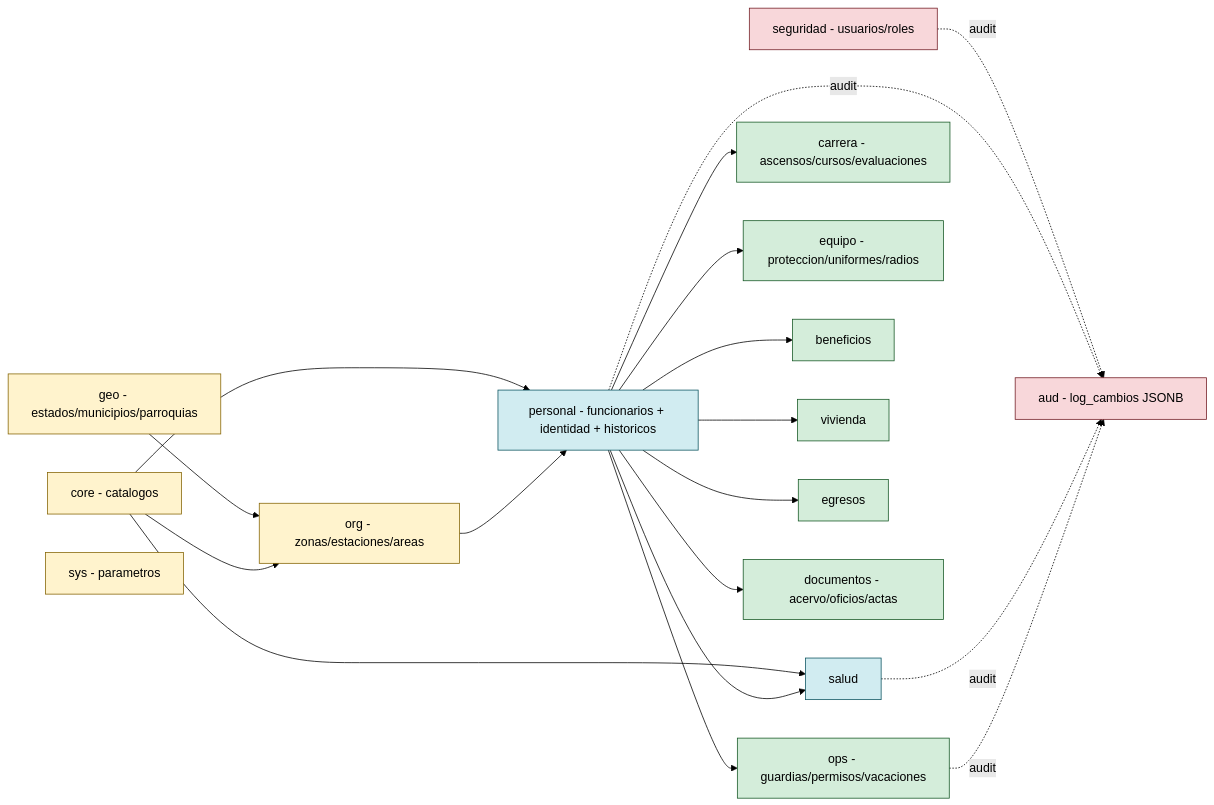
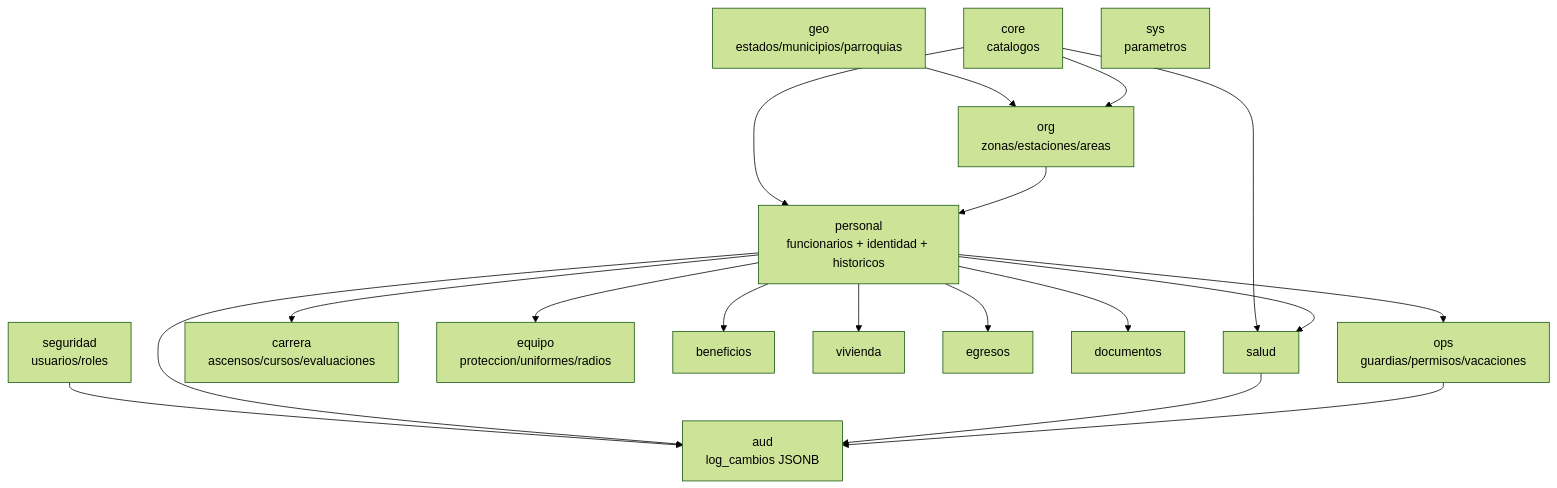
The first of 8 diagrams in docs/ER.md (darvinh12/bomberos-sc), drawn with Mermaid (forest theme) before and after one commit. The commit also changed other lines of this file, not shown here.

Commit message:
fix(docs): ER.md compatible con renderer Mermaid de GitHub

````diff
--- a/docs/ER.md
+++ b/docs/ER.md
@@ -11,43 +15,36 @@
 ```mermaid
-flowchart LR
-    classDef cat fill:#FFF3CD,stroke:#856404,color:#000
-    classDef pers fill:#D1ECF1,stroke:#0C5460,color:#000
-    classDef ops fill:#D4EDDA,stroke:#155724,color:#000
-    classDef sec fill:#F8D7DA,stroke:#721C24,color:#000
-
-    core[core - catalogos]:::cat
-    geo[geo - estados/municipios/parroquias]:::cat
-    org[org - zonas/estaciones/areas]:::cat
-    sys[sys - parametros]:::cat
-
-    personal[personal - funcionarios + identidad + historicos]:::pers
-    salud[salud]:::pers
-    ops[ops - guardias/permisos/vacaciones]:::ops
-    carrera[carrera - ascensos/cursos/evaluaciones]:::ops
-    equipo[equipo - proteccion/uniformes/radios]:::ops
-    beneficios[beneficios]:::ops
-    vivienda[vivienda]:::ops
-    egresos[egresos]:::ops
-    documentos[documentos - acervo/oficios/actas]:::ops
-
-    seguridad[seguridad - usuarios/roles]:::sec
-    aud[aud - log_cambios JSONB]:::sec
+graph TD
+    core[core<br/>catalogos]
+    geo[geo<br/>estados/municipios/parroquias]
+    org[org<br/>zonas/estaciones/areas]
+    sys[sys<br/>parametros]
+    personal[personal<br/>funcionarios + identidad + historicos]
+    salud[salud]
+    ops[ops<br/>guardias/permisos/vacaciones]
+    carrera[carrera<br/>ascensos/cursos/evaluaciones]
+    equipo[equipo<br/>proteccion/uniformes/radios]
+    beneficios[beneficios]
+    vivienda[vivienda]
+    egresos[egresos]
+    documentos[documentos]
+    seguridad[seguridad<br/>usuarios/roles]
+    aud[aud<br/>log_cambios JSONB]
 
     geo --> org
     core --> personal
     core --> org
     core --> salud
     org --> personal
     personal --> salud
     personal --> ops
     personal --> carrera
     personal --> equipo
     personal --> beneficios
     personal --> vivienda
     personal --> egresos
     personal --> documentos
-    seguridad -.audit.-> aud
-    personal -.audit.-> aud
-    salud -.audit.-> aud
-    ops -.audit.-> aud
+    seguridad --> aud
+    personal --> aud
+    salud --> aud
+    ops --> aud
 ```
````
